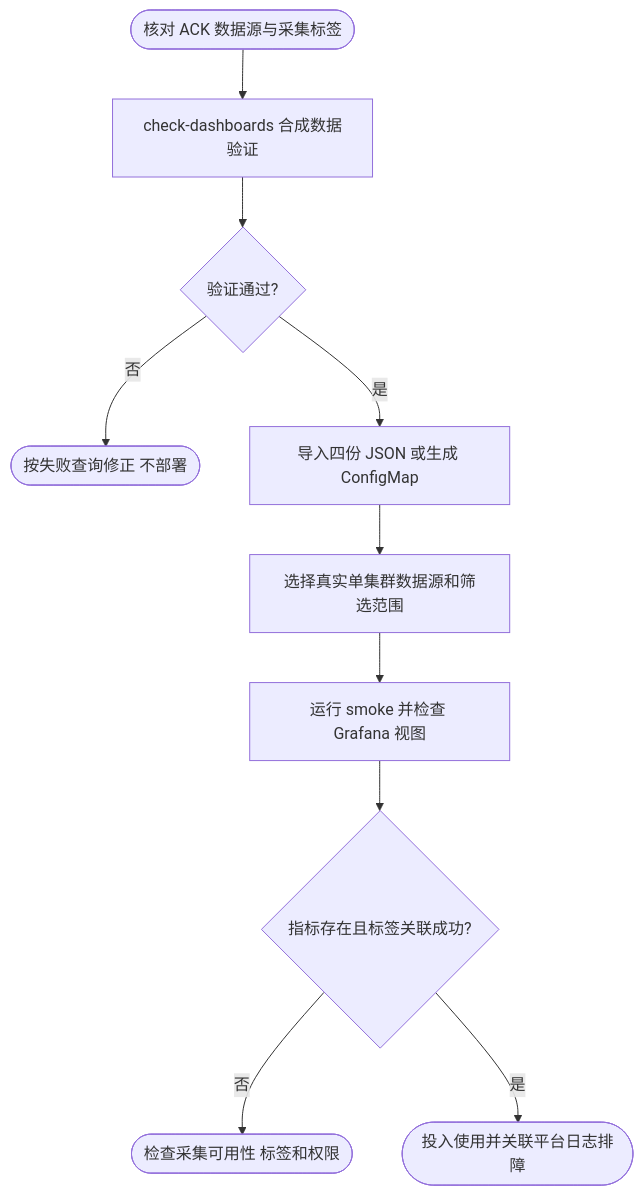
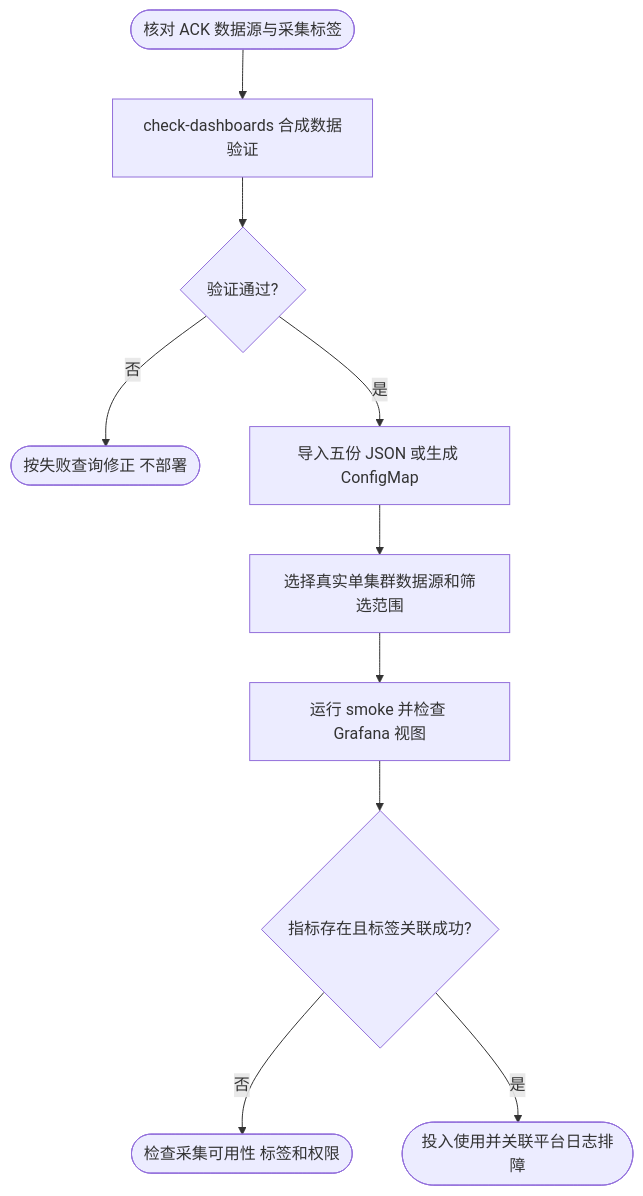
The diagram in deploy/observability/README.md (jaggerzhuang1994/kratos-foundation), drawn with Mermaid before and after one commit. The commit also changed other lines of this file and 13 other files, not shown here.

````diff
--- a/deploy/observability/README.md
+++ b/deploy/observability/README.md
@@ -61,12 +62,12 @@
 ```mermaid
 flowchart TD
     A([核对 ACK 数据源与采集标签]) --> B[check-dashboards 合成数据验证]
     B --> C{验证通过?}
     C -- 否 --> D([按失败查询修正 不部署])
-    C -- 是 --> E[导入四份 JSON 或生成 ConfigMap]
+    C -- 是 --> E[导入五份 JSON 或生成 ConfigMap]
     E --> F[选择真实单集群数据源和筛选范围]
     F --> G[运行 smoke 并检查 Grafana 视图]
     G --> H{指标存在且标签关联成功?}
     H -- 否 --> I([检查采集可用性 标签和权限])
     H -- 是 --> J([投入使用并关联平台日志排障])
 ```
````
